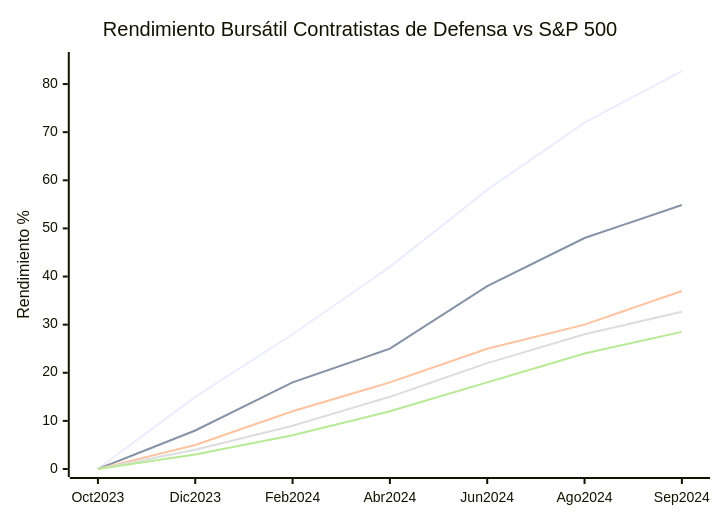
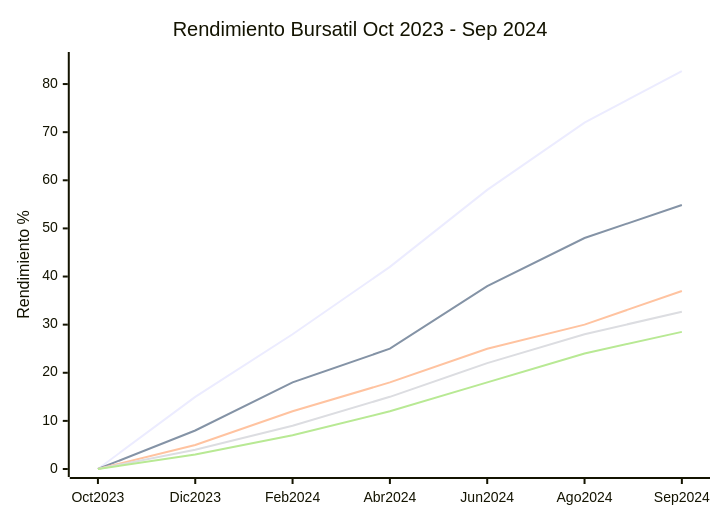
One commit to perpetuocambio/annotations changed the fourth of 11 diagrams in intel/israel_geopolitical_analysis.md. Above: the diagram before and after it, drawn with Mermaid. The commit also changed other lines of this file, not shown here.

````diff
--- a/intel/israel_geopolitical_analysis.md
+++ b/intel/israel_geopolitical_analysis.md
@@ -131,11 +170,11 @@
 ```mermaid
 xychart-beta
-    title "Rendimiento Bursátil Contratistas de Defensa vs S&P 500"
+    title "Rendimiento Bursatil Oct 2023 - Sep 2024"
     x-axis [Oct2023, Dic2023, Feb2024, Abr2024, Jun2024, Ago2024, Sep2024]
     y-axis "Rendimiento %" 0 --> 85
     line [0, 15, 28, 42, 58, 72, 82.69]
     line [0, 8, 18, 25, 38, 48, 54.86]
     line [0, 5, 12, 18, 25, 30, 37]
     line [0, 4, 9, 15, 22, 28, 32.7]
     line [0, 3, 7, 12, 18, 24, 28.5]
 ```
````
